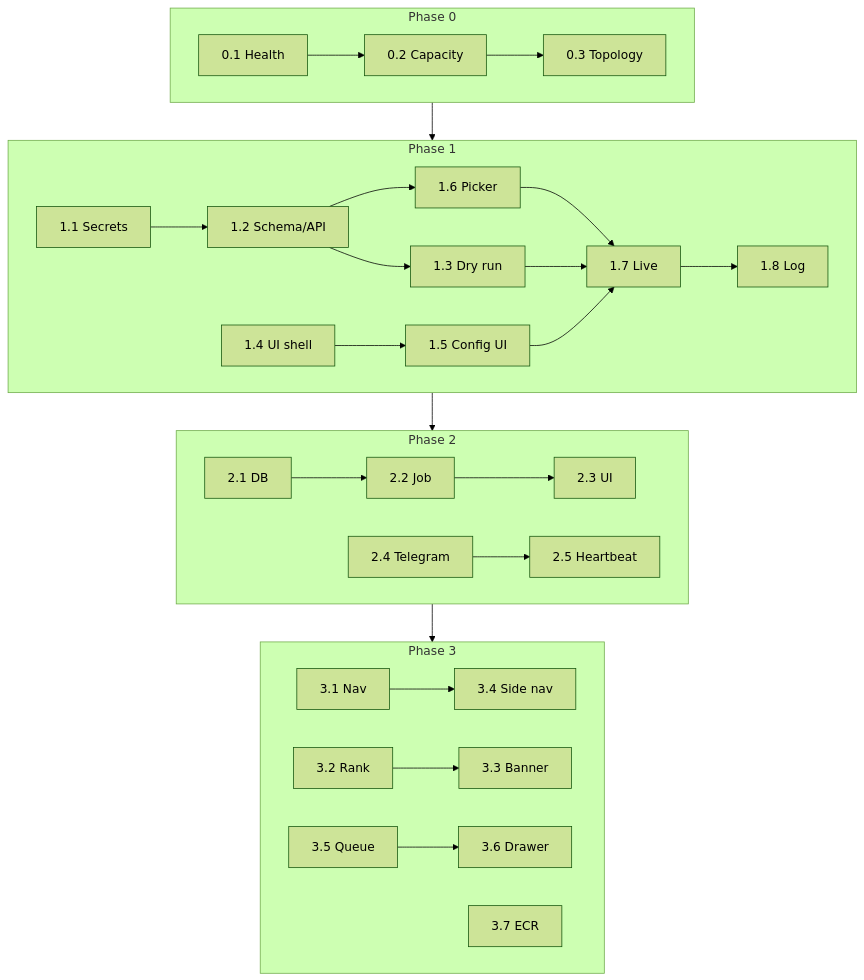
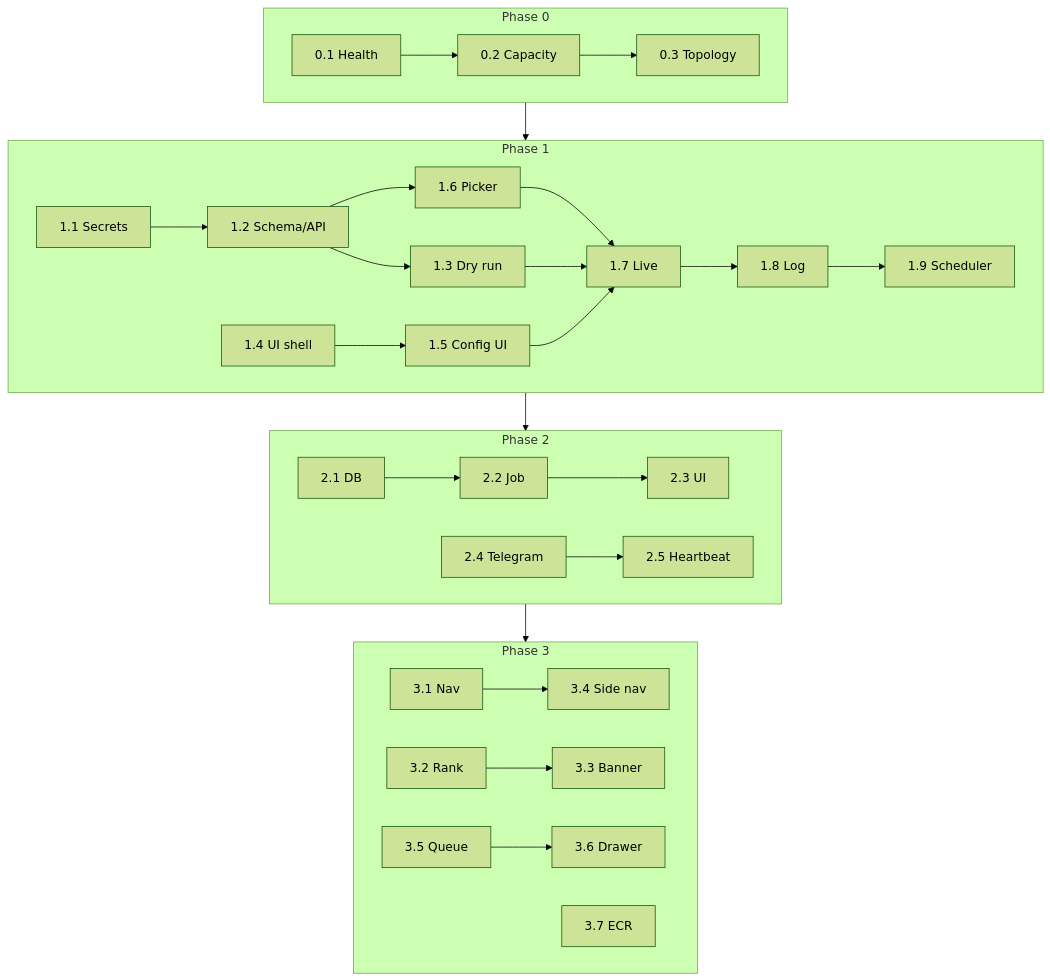
Before and after one commit to alfred1123/Quant_Strategies: the first of 3 diagrams in docs/design/plan-to-profit.md, drawn with Mermaid (forest theme). The commit also changed other lines of this file and 3 other files, not shown here.

````diff
--- a/docs/design/plan-to-profit.md
+++ b/docs/design/plan-to-profit.md
@@ -58,46 +59,47 @@
 ```mermaid
 flowchart TB
   subgraph P0[Phase 0]
     P01[0.1 Health]
     P02[0.2 Capacity]
     P03[0.3 Topology]
     P01 --> P02 --> P03
   end
   subgraph P1[Phase 1]
     P11[1.1 Secrets]
     P12[1.2 Schema/API]
     P13[1.3 Dry run]
     P14[1.4 UI shell]
     P15[1.5 Config UI]
     P16[1.6 Picker]
     P17[1.7 Live]
     P18[1.8 Log]
+    P19[1.9 Scheduler]
     P11 --> P12 --> P13
     P14 --> P15
-    P12 --> P16 --> P17 --> P18
+    P12 --> P16 --> P17 --> P18 --> P19
     P13 --> P17
     P15 --> P17
   end
   subgraph P2[Phase 2]
     P21[2.1 DB]
     P22[2.2 Job]
     P23[2.3 UI]
     P24[2.4 Telegram]
     P25[2.5 Heartbeat]
     P21 --> P22 --> P23
     P24 --> P25
   end
   subgraph P3[Phase 3]
     P31[3.1 Nav]
     P32[3.2 Rank]
     P33[3.3 Banner]
     P34[3.4 Side nav]
     P35[3.5 Queue]
     P36[3.6 Drawer]
     P37[3.7 ECR]
     P31 --> P34
     P32 --> P33
     P35 --> P36
   end
   P0 --> P1 --> P2 --> P3
 ```
````
